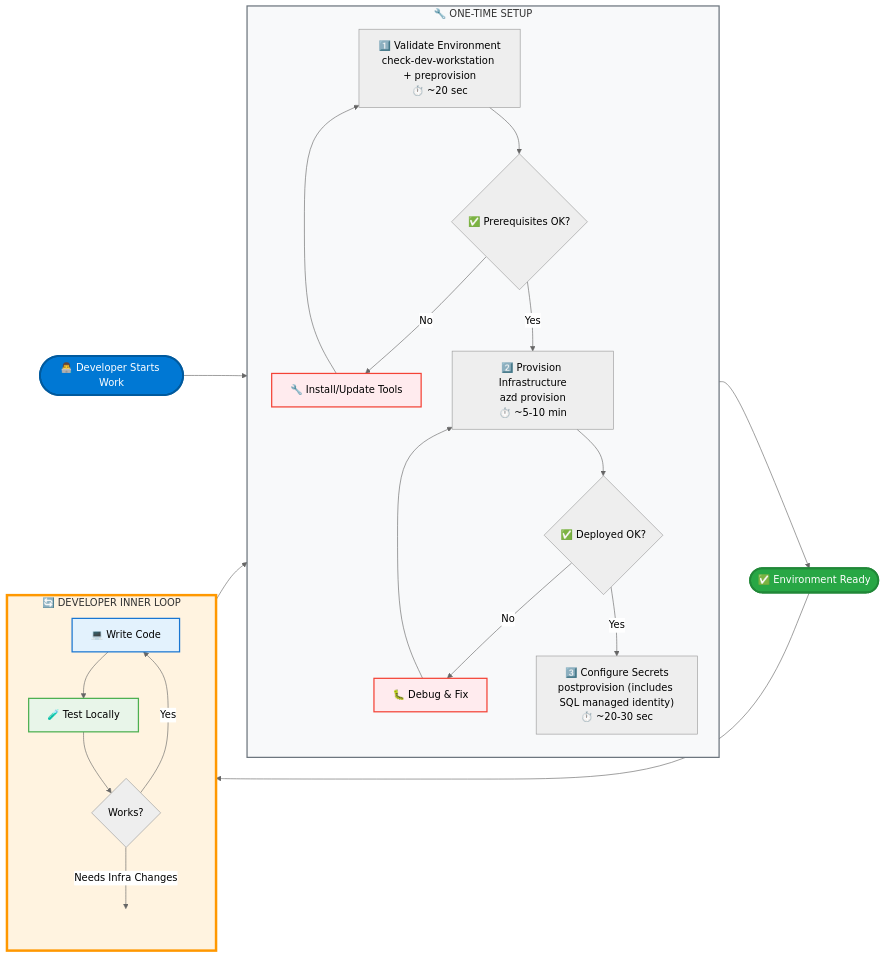
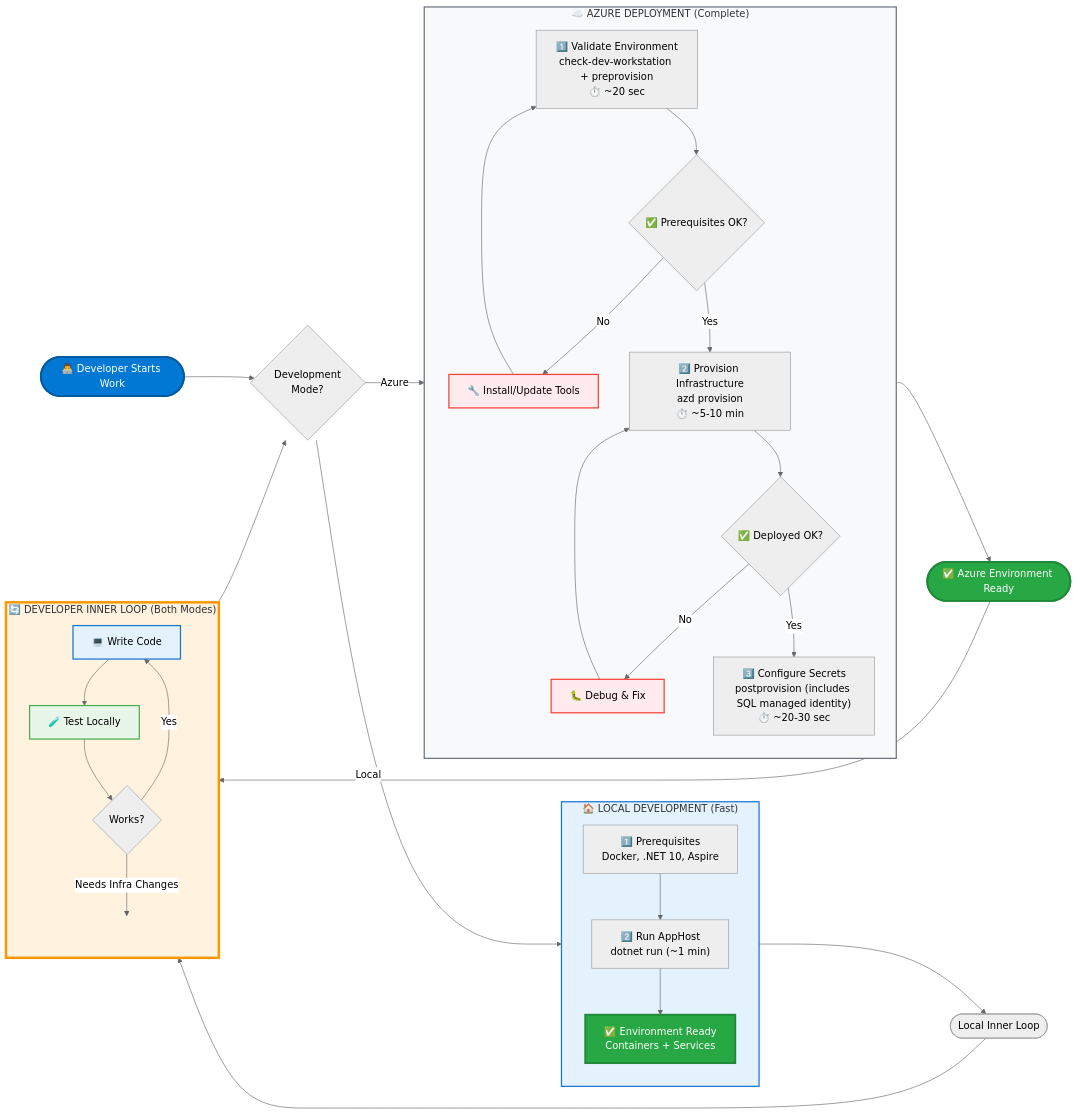
Before and after one commit to Evilazaro/Azure-LogicApps-Monitoring: the second of 3 diagrams in hooks/README.md, drawn with Mermaid (neutral theme). The commit also changed other lines of this file and 1 other file, not shown here.

Commit message:
Enhance documentation for local development workflow; add detailed steps, prerequisites, and troubleshooting guidance for using .NET Aspire with containerized dependencies.

````diff
--- a/hooks/README.md
+++ b/hooks/README.md
@@ -50,44 +221,59 @@
 ```mermaid
 flowchart LR
-    Start([👨‍💻 Developer Starts Work]) --> Validate
+    Start([👨‍💻 Developer Starts Work]) --> ModeChoice{Development<br/>Mode?}
+    
+    ModeChoice -->|Local| LocalSetup
+    ModeChoice -->|Azure| AzureSetup
 
-    subgraph Setup["🔧 ONE-TIME SETUP"]
+    subgraph LocalSetup["🏠 LOCAL DEVELOPMENT (Fast)"]
+        direction TB
+        LocalPrereq["1️⃣ Prerequisites<br/>Docker, .NET 10, Aspire"]
+        LocalPrereq --> LocalRun["2️⃣ Run AppHost<br/>dotnet run (~1 min)"]
+        LocalRun --> LocalReady["✅ Environment Ready<br/>Containers + Services"]
+    end
+
+    subgraph AzureSetup["☁️ AZURE DEPLOYMENT (Complete)"]
         direction TB
         Validate["1️⃣ Validate Environment<br/>check-dev-workstation + preprovision<br/>⏱️ ~20 sec"]
         Validate --> CheckValid{✅ Prerequisites OK?}
         CheckValid --> |No| Fix[🔧 Install/Update Tools]
         Fix --> Validate
         CheckValid --> |Yes| Provision
 
         Provision["2️⃣ Provision Infrastructure<br/>azd provision<br/>⏱️ ~5-10 min"]
         Provision --> CheckDeploy{✅ Deployed OK?}
         CheckDeploy --> |No| Debug[🐛 Debug & Fix]
         Debug --> Provision
         CheckDeploy --> |Yes| Configure
 
         Configure["3️⃣ Configure Secrets<br/>postprovision (includes SQL managed identity)<br/>⏱️ ~20-30 sec"]
     end
 
-    Configure --> Ready([✅ Environment Ready])
-    Ready --> DevLoop
+    LocalReady --> LocalLoop([Local Inner Loop])
+    Configure --> AzureReady([✅ Azure Environment Ready])
+    AzureReady --> DevLoop
 
-    subgraph DevLoop["🔄 DEVELOPER INNER LOOP"]
+    subgraph DevLoop["🔄 DEVELOPER INNER LOOP (Both Modes)"]
         direction TB
         Code[💻 Write Code] --> Test[🧪 Test Locally]
         Test --> Review{Works?}
         Review --> |Yes| Code
         Review --> |Needs Infra Changes| ExitLoop[ ]
     end
 
-    ExitLoop --> Validate
+    ExitLoop --> ModeChoice
+
+    LocalLoop --> Code
 
     style Start fill:#0078d4,stroke:#005a9e,stroke-width:3px,color:#fff
-    style Ready fill:#28a745,stroke:#218838,stroke-width:3px,color:#fff
-    style Setup fill:#f8f9fa,stroke:#6c757d,stroke-width:2px
+    style LocalReady fill:#28a745,stroke:#218838,stroke-width:3px,color:#fff
+    style AzureReady fill:#28a745,stroke:#218838,stroke-width:3px,color:#fff
+    style LocalSetup fill:#e3f2fd,stroke:#1976d2,stroke-width:2px
+    style AzureSetup fill:#f8f9fa,stroke:#6c757d,stroke-width:2px
     style DevLoop fill:#fff3e0,stroke:#ff9800,stroke-width:4px
     style Code fill:#e3f2fd,stroke:#1976d2,stroke-width:2px
     style Test fill:#e8f5e9,stroke:#4caf50,stroke-width:2px
     style Fix fill:#ffebee,stroke:#f44336,stroke-width:2px
     style Debug fill:#ffebee,stroke:#f44336,stroke-width:2px
     style ExitLoop fill:none,stroke:none
 ```
````
